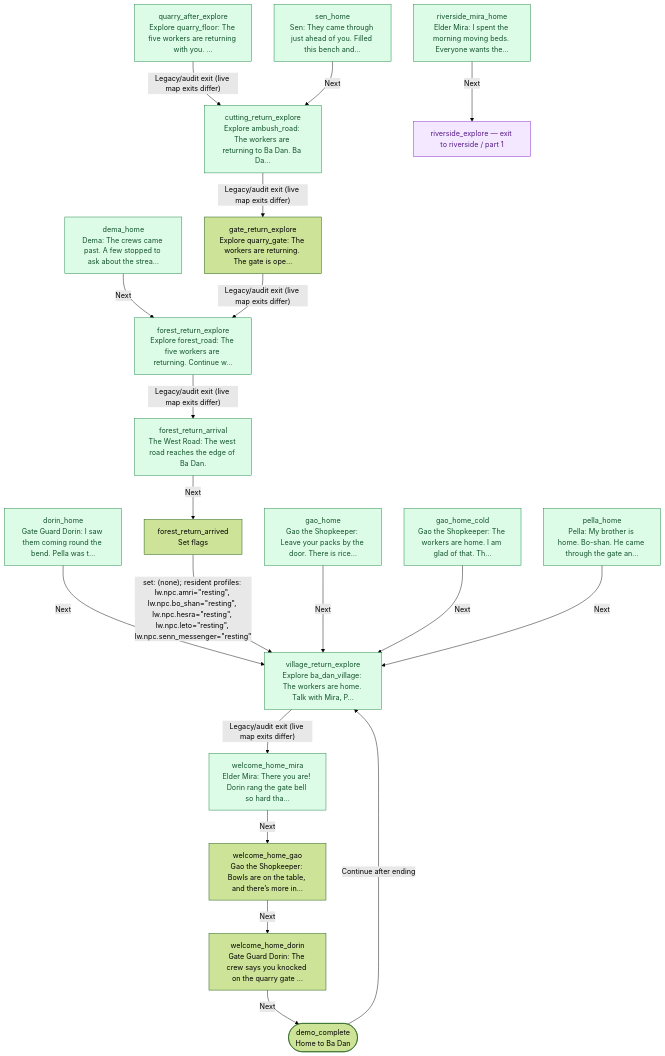
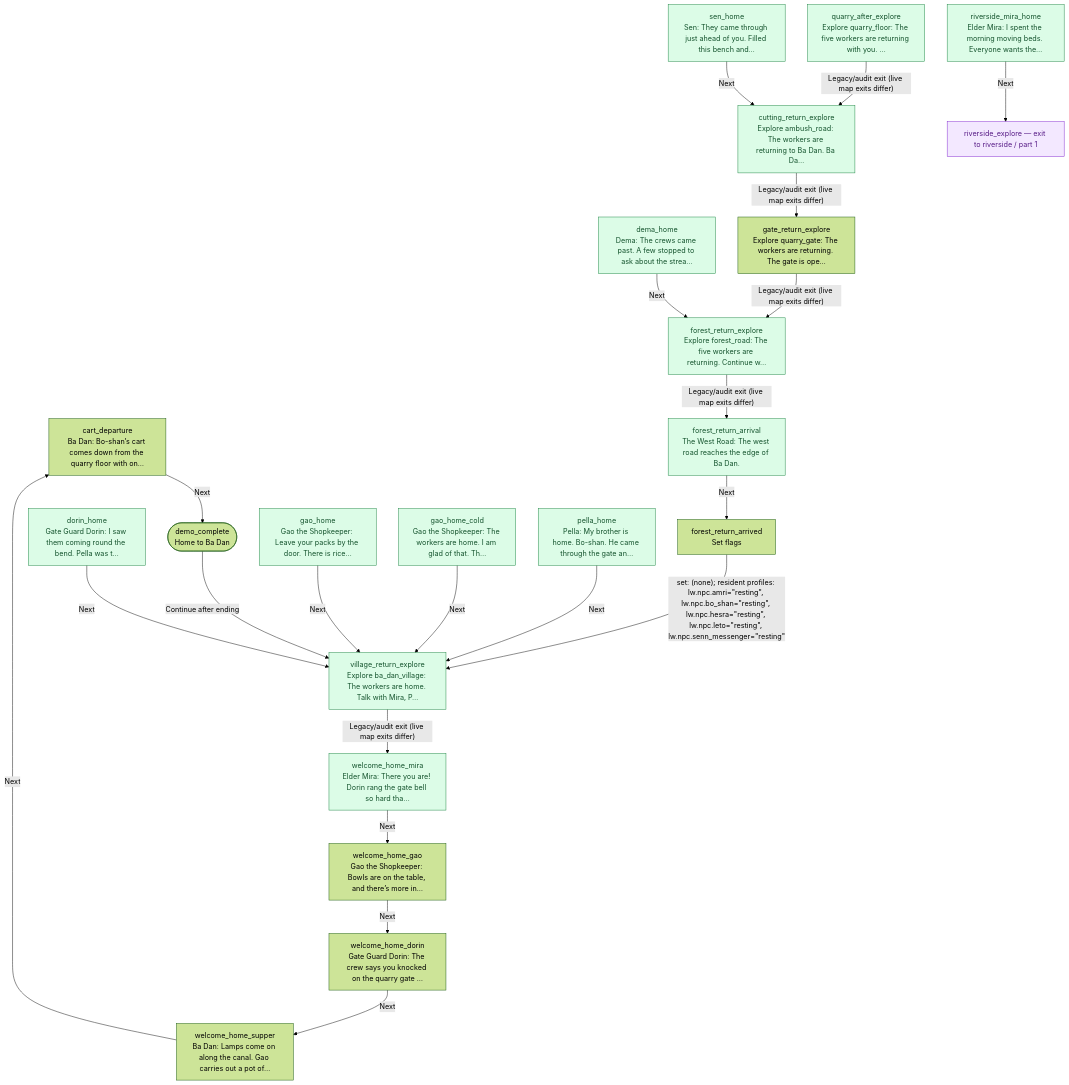
Before and after one commit to jaredbahr/Avatarrpg: the diagram in docs/story/return.md, drawn with Mermaid (forest theme). The commit also changed other lines of this file and 8 other files, not shown here.

First line of the commit message:
Regenerate the story graph docs

````diff
--- a/docs/story/return.md
+++ b/docs/story/return.md
@@ -21,43 +21,47 @@
 ```mermaid
 flowchart TD
-  n14["cutting_return_explore<br/>Explore ambush_road: The workers are returning to Ba Dan. Ba Da…"]:::entry
-  n22["dema_home<br/>Dema: The crews came past. A few stopped to ask about the strea…"]:::entry
-  n23(["demo_complete<br/>Home to Ba Dan"])
-  n28["dorin_home<br/>Gate Guard Dorin: I saw them coming round the bend. Pella was t…"]:::entry
-  n35["forest_return_arrival<br/>The West Road: The west road reaches the edge of Ba Dan."]:::entry
-  n36["forest_return_arrived<br/>Set flags"]
-  n37["forest_return_explore<br/>Explore forest_road: The five workers are returning. Continue w…"]:::entry
-  n40["gao_home<br/>Gao the Shopkeeper: Leave your packs by the door. There is rice…"]:::entry
-  n41["gao_home_cold<br/>Gao the Shopkeeper: The workers are home. I am glad of that. Th…"]:::entry
-  n46["gate_return_explore<br/>Explore quarry_gate: The workers are returning. The gate is ope…"]
-  n68["pella_home<br/>Pella: My brother is home. Bo-shan. He came through the gate an…"]:::entry
-  n80["quarry_after_explore<br/>Explore quarry_floor: The five workers are returning with you. …"]:::entry
-  n93["riverside_mira_home<br/>Elder Mira: I spent the morning moving beds. Everyone wants the…"]:::entry
-  n102["sen_home<br/>Sen: They came through just ahead of you. Filled this bench and…"]:::entry
-  n131["village_return_explore<br/>Explore ba_dan_village: The workers are home. Talk with Mira, P…"]:::entry
-  n132["welcome_home_dorin<br/>Gate Guard Dorin: The crew says you knocked on the quarry gate …"]
-  n133["welcome_home_gao<br/>Gao the Shopkeeper: Bowls are on the table, and there’s more in…"]
-  n134["welcome_home_mira<br/>Elder Mira: There you are! Dorin rang the gate bell so hard tha…"]:::entry
-  n90["riverside_explore — exit to riverside / part 1"]:::external
-  n14 -->|"Legacy/audit exit (live map exits differ)"| n46
-  n22 -->|"Next"| n37
-  n23 -->|"Continue after ending"| n131
-  n28 -->|"Next"| n131
-  n35 -->|"Next"| n36
-  n36 -->|"set: (none); resident profiles: lw.npc.amri=#quot;resting#quot;, lw.npc.bo_shan=#quot;resting#quot;, lw.npc.hesra=#quot;resting#quot;, lw.npc.leto=#quot;resting#quot;, lw.npc.senn_messenger=#quot;resting#quot;"| n131
-  n37 -->|"Legacy/audit exit (live map exits differ)"| n35
-  n40 -->|"Next"| n131
-  n41 -->|"Next"| n131
-  n46 -->|"Legacy/audit exit (live map exits differ)"| n37
-  n68 -->|"Next"| n131
-  n80 -->|"Legacy/audit exit (live map exits differ)"| n14
-  n93 -->|"Next"| n90
-  n102 -->|"Next"| n14
-  n131 -->|"Legacy/audit exit (live map exits differ)"| n134
-  n132 -->|"Next"| n23
-  n133 -->|"Next"| n132
-  n134 -->|"Next"| n133
+  n12["cart_departure<br/>Ba Dan: Bo-shan’s cart comes down from the quarry floor with on…"]
+  n17["cutting_return_explore<br/>Explore ambush_road: The workers are returning to Ba Dan. Ba Da…"]:::entry
+  n25["dema_home<br/>Dema: The crews came past. A few stopped to ask about the strea…"]:::entry
+  n26(["demo_complete<br/>Home to Ba Dan"])
+  n31["dorin_home<br/>Gate Guard Dorin: I saw them coming round the bend. Pella was t…"]:::entry
+  n38["forest_return_arrival<br/>The West Road: The west road reaches the edge of Ba Dan."]:::entry
+  n39["forest_return_arrived<br/>Set flags"]
+  n40["forest_return_explore<br/>Explore forest_road: The five workers are returning. Continue w…"]:::entry
+  n43["gao_home<br/>Gao the Shopkeeper: Leave your packs by the door. There is rice…"]:::entry
+  n44["gao_home_cold<br/>Gao the Shopkeeper: The workers are home. I am glad of that. Th…"]:::entry
+  n49["gate_return_explore<br/>Explore quarry_gate: The workers are returning. The gate is ope…"]
+  n71["pella_home<br/>Pella: My brother is home. Bo-shan. He came through the gate an…"]:::entry
+  n83["quarry_after_explore<br/>Explore quarry_floor: The five workers are returning with you. …"]:::entry
+  n96["riverside_mira_home<br/>Elder Mira: I spent the morning moving beds. Everyone wants the…"]:::entry
+  n105["sen_home<br/>Sen: They came through just ahead of you. Filled this bench and…"]:::entry
+  n134["village_return_explore<br/>Explore ba_dan_village: The workers are home. Talk with Mira, P…"]:::entry
+  n135["welcome_home_dorin<br/>Gate Guard Dorin: The crew says you knocked on the quarry gate …"]
+  n136["welcome_home_gao<br/>Gao the Shopkeeper: Bowls are on the table, and there’s more in…"]
+  n137["welcome_home_mira<br/>Elder Mira: There you are! Dorin rang the gate bell so hard tha…"]:::entry
+  n138["welcome_home_supper<br/>Ba Dan: Lamps come on along the canal. Gao carries out a pot of…"]
+  n93["riverside_explore — exit to riverside / part 1"]:::external
+  n12 -->|"Next"| n26
+  n17 -->|"Legacy/audit exit (live map exits differ)"| n49
+  n25 -->|"Next"| n40
+  n26 -->|"Continue after ending"| n134
+  n31 -->|"Next"| n134
+  n38 -->|"Next"| n39
+  n39 -->|"set: (none); resident profiles: lw.npc.amri=#quot;resting#quot;, lw.npc.bo_shan=#quot;resting#quot;, lw.npc.hesra=#quot;resting#quot;, lw.npc.leto=#quot;resting#quot;, lw.npc.senn_messenger=#quot;resting#quot;"| n134
+  n40 -->|"Legacy/audit exit (live map exits differ)"| n38
+  n43 -->|"Next"| n134
+  n44 -->|"Next"| n134
+  n49 -->|"Legacy/audit exit (live map exits differ)"| n40
+  n71 -->|"Next"| n134
+  n83 -->|"Legacy/audit exit (live map exits differ)"| n17
+  n96 -->|"Next"| n93
+  n105 -->|"Next"| n17
+  n134 -->|"Legacy/audit exit (live map exits differ)"| n137
+  n135 -->|"Next"| n138
+  n136 -->|"Next"| n135
+  n137 -->|"Next"| n136
+  n138 -->|"Next"| n12
   classDef entry fill:#dcfce7,stroke:#15803d,color:#14532d
   classDef external fill:#f3e8ff,stroke:#7e22ce,color:#581c87
   classDef continuation fill:#f8fafc,stroke:#475569,color:#0f172a,stroke-dasharray:5 5
 ```
````
